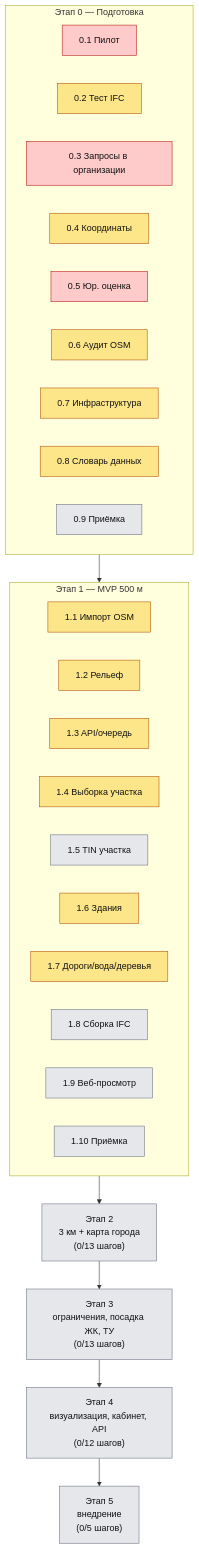
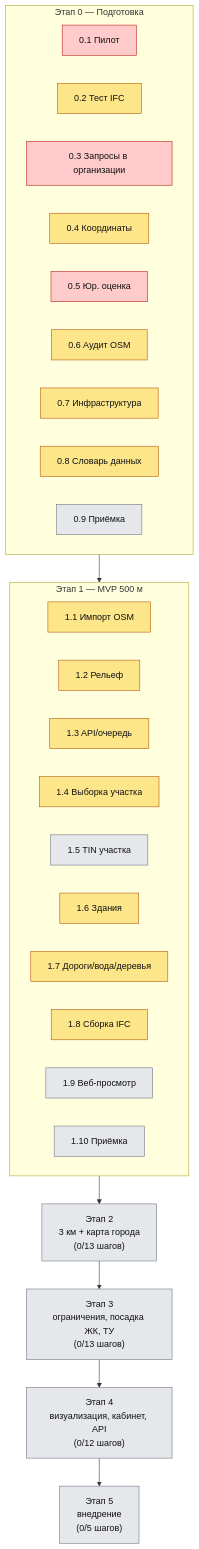
One commit to senkinegor1803-byte/Topology- changed the diagram in docs/dev-tree.md. Above: the diagram before and after it, drawn with Mermaid. The commit also changed other lines of this file and 13 other files, not shown here.

````diff
--- a/docs/dev-tree.md
+++ b/docs/dev-tree.md
@@ -18,40 +18,40 @@
 ```mermaid
 flowchart TD
     subgraph E0["Этап 0 — Подготовка"]
         direction LR
         S01["0.1 Пилот"]:::blocked
         S02["0.2 Тест IFC"]:::partial
         S03["0.3 Запросы в организации"]:::blocked
         S04["0.4 Координаты"]:::partial
         S05["0.5 Юр. оценка"]:::blocked
         S06["0.6 Аудит OSM"]:::partial
         S07["0.7 Инфраструктура"]:::partial
         S08["0.8 Словарь данных"]:::partial
         S09["0.9 Приёмка"]:::notstarted
     end
 
     subgraph E1["Этап 1 — MVP 500 м"]
         direction LR
         S11["1.1 Импорт OSM"]:::partial
         S12["1.2 Рельеф"]:::partial
         S13["1.3 API/очередь"]:::partial
         S14["1.4 Выборка участка"]:::partial
         S15["1.5 TIN участка"]:::notstarted
         S16["1.6 Здания"]:::partial
         S17["1.7 Дороги/вода/деревья"]:::partial
-        S18["1.8 Сборка IFC"]:::notstarted
+        S18["1.8 Сборка IFC"]:::partial
         S19["1.9 Веб-просмотр"]:::notstarted
         S110["1.10 Приёмка"]:::notstarted
     end
 
     E2["Этап 2<br/>3 км + карта города<br/>(0/13 шагов)"]:::notstarted
     E3["Этап 3<br/>ограничения, посадка ЖК, ТУ<br/>(0/13 шагов)"]:::notstarted
     E4["Этап 4<br/>визуализация, кабинет, API<br/>(0/12 шагов)"]:::notstarted
     E5["Этап 5<br/>внедрение<br/>(0/5 шагов)"]:::notstarted
 
     E0 --> E1 --> E2 --> E3 --> E4 --> E5
 
     classDef partial fill:#fde68a,stroke:#b45309,color:#111;
     classDef blocked fill:#fecaca,stroke:#b91c1c,color:#111;
     classDef notstarted fill:#e5e7eb,stroke:#6b7280,color:#111;
 ```
````
